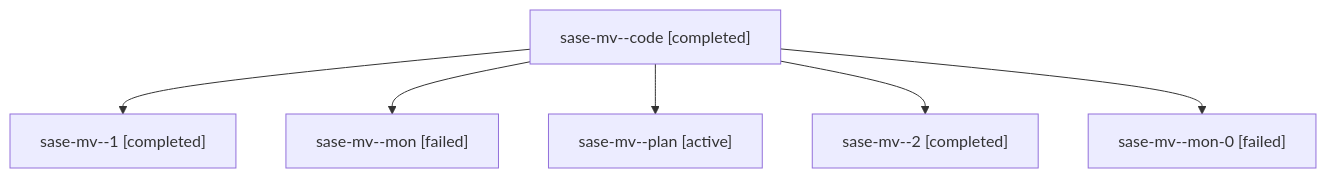
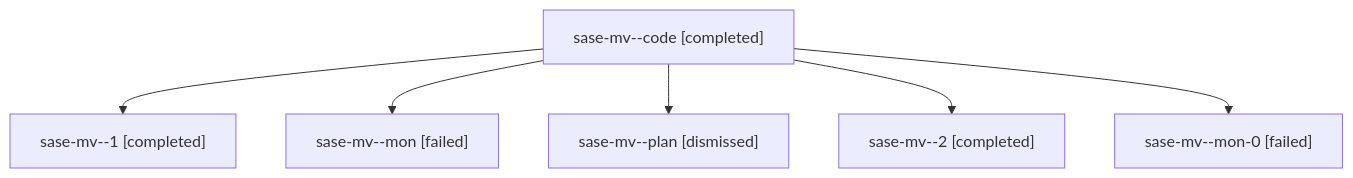
The diagram in sessions/bbugyi200.athena.sase-mv.md (sase-org/sase--agents), drawn with Mermaid before and after one commit. The commit also changed other lines of this file and 128 other files, not shown here.

````diff
--- a/sessions/bbugyi200.athena.sase-mv.md
+++ b/sessions/bbugyi200.athena.sase-mv.md
@@ -9,14 +9,14 @@
 ```mermaid
 flowchart TD
   n0["sase-mv--code [completed]"]
   n1["sase-mv--1 [completed]"]
   n0 --> n1
   n2["sase-mv--mon [failed]"]
   n0 --> n2
-  n3["sase-mv--plan [active]"]
+  n3["sase-mv--plan [dismissed]"]
   n0 --> n3
   n4["sase-mv--2 [completed]"]
   n0 --> n4
   n5["sase-mv--mon-0 [failed]"]
   n0 --> n5
 ```
````
